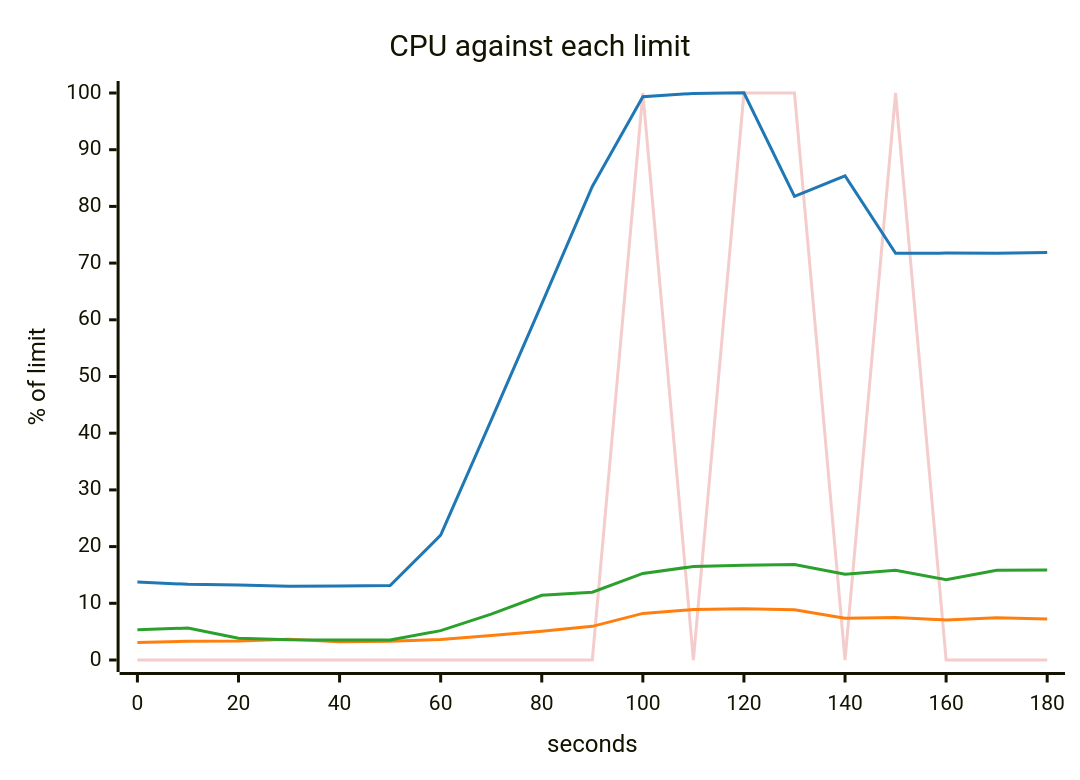
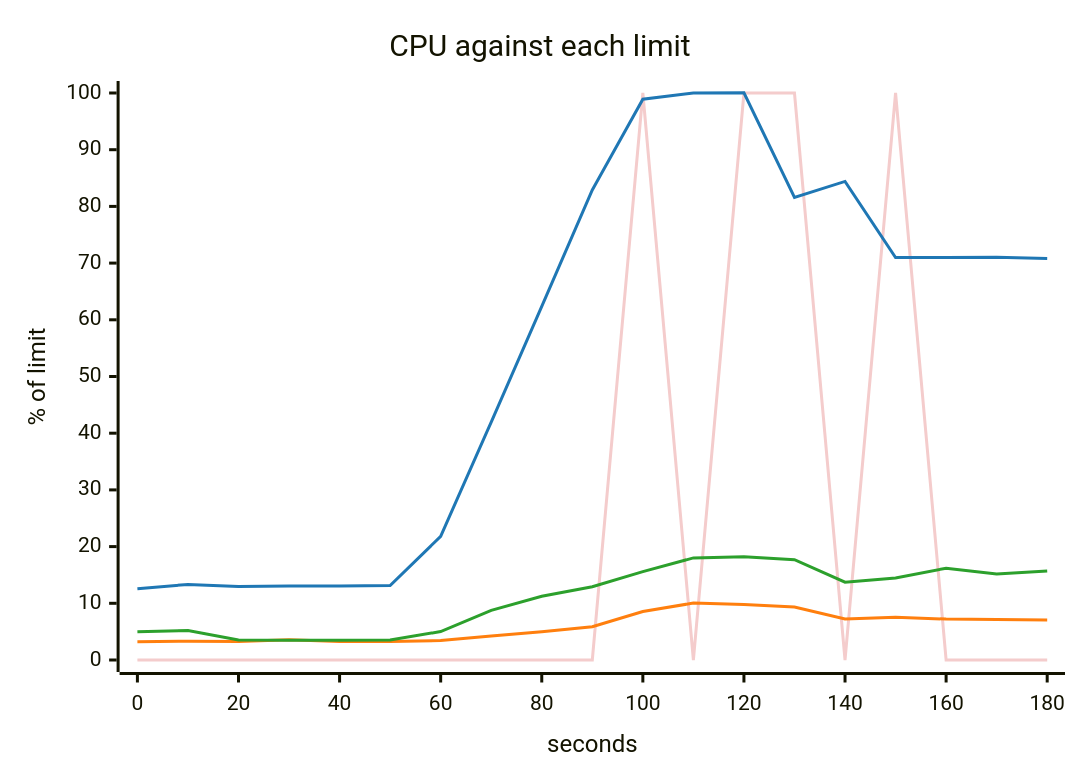
One commit to akinfemi/load-lore changed the fifth of 5 diagrams in scenarios/featured-on-hacker-news/solutions/headroom/report.md. Above: the diagram before and after it, drawn with Mermaid. The commit also changed other lines of this file and 125 other files, not shown here.

````diff
--- a/scenarios/featured-on-hacker-news/solutions/headroom/report.md
+++ b/scenarios/featured-on-hacker-news/solutions/headroom/report.md
@@ -96,17 +96,17 @@
 ```mermaid
 ---
 config:
   themeVariables:
     xyChart:
       backgroundColor: "transparent"
       plotColorPalette: "#f4cccc, #1f77b4, #ff7f0e, #2ca02c"
 ---
 xychart-beta
     title "CPU against each limit"
     x-axis "seconds" 0 --> 180
     y-axis "% of limit" 0 --> 100
     line [0, 0, 0, 0, 0, 0, 0, 0, 0, 0, 100, 0, 100, 100, 0, 100, 0, 0, 0]
-    line [13.737, 13.357, 13.217, 13.001, 13.041, 13.132, 22.017, 42.295, 62.797, 83.512, 99.344, 99.928, 100.023, 81.772, 85.399, 71.722, 71.762, 71.755, 71.853]
-    line [3.069, 3.302, 3.34, 3.648, 3.197, 3.29, 3.629, 4.309, 5.051, 5.935, 8.221, 8.893, 9.027, 8.855, 7.364, 7.474, 7.065, 7.472, 7.251]
-    line [5.343, 5.633, 3.845, 3.568, 3.543, 3.547, 5.177, 8.103, 11.425, 11.946, 15.273, 16.489, 16.711, 16.827, 15.127, 15.811, 14.174, 15.83, 15.858]
+    line [12.556, 13.331, 12.942, 13.045, 13.072, 13.13, 21.813, 41.972, 62.355, 82.903, 98.906, 100.003, 100.024, 81.6, 84.407, 70.983, 70.969, 71.049, 70.813]
+    line [3.223, 3.328, 3.244, 3.572, 3.269, 3.269, 3.443, 4.231, 4.973, 5.869, 8.555, 10.045, 9.801, 9.34, 7.244, 7.542, 7.215, 7.121, 7.054]
+    line [4.982, 5.217, 3.545, 3.479, 3.486, 3.538, 5.017, 8.761, 11.23, 12.932, 15.585, 18.006, 18.207, 17.697, 13.717, 14.469, 16.191, 15.154, 15.691]
 ```
````
